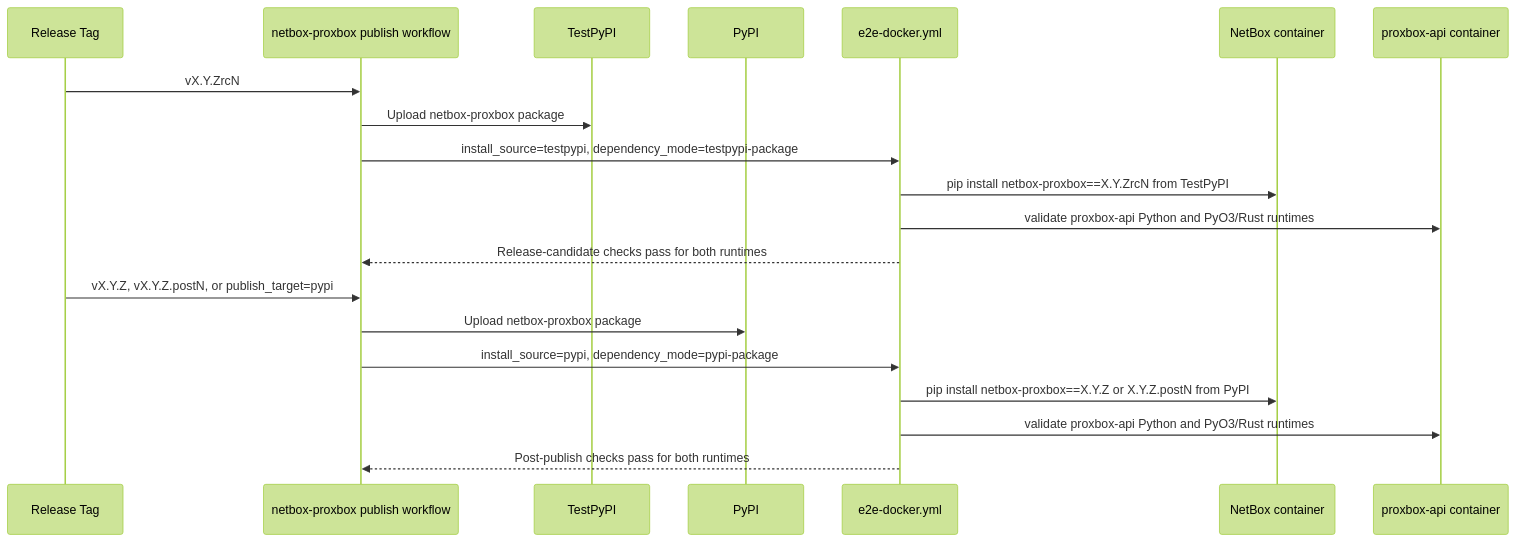
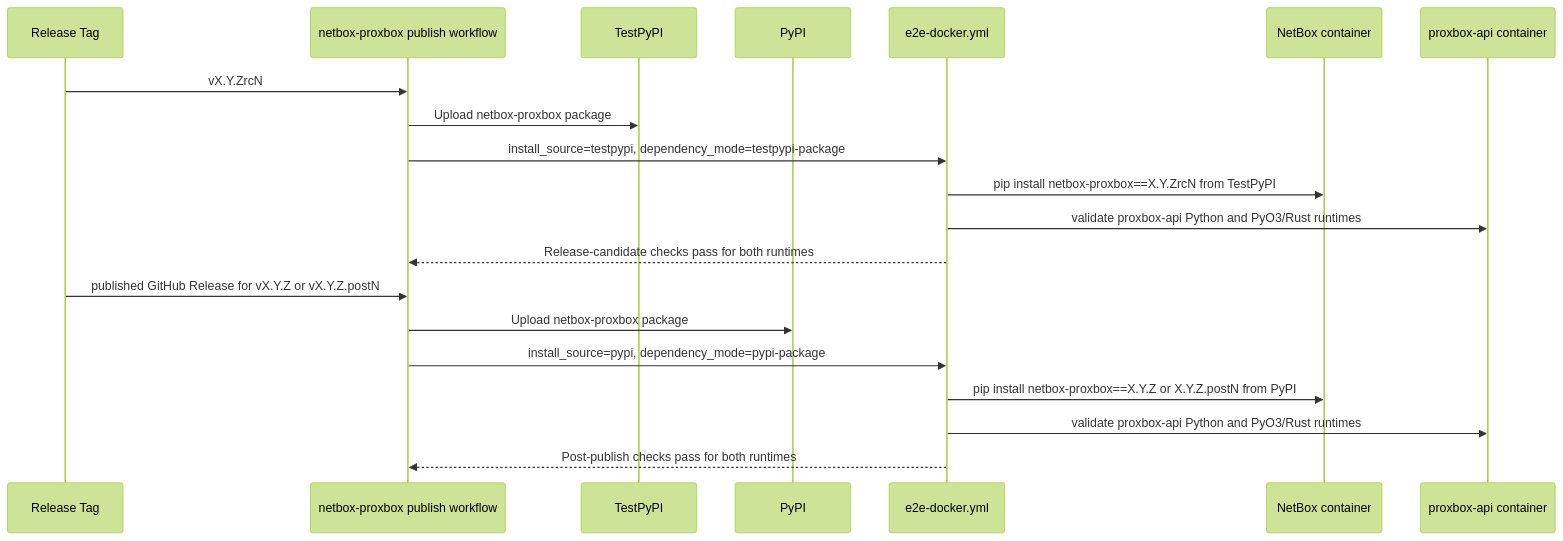
One commit to emersonfelipesp/netbox-proxbox changed the second of 2 diagrams in docs/developer/release-publishing.md. Above: the diagram before and after it, drawn with Mermaid (forest theme). The commit also changed other lines of this file and 44 other files, not shown here.

````diff
--- a/docs/developer/release-publishing.md
+++ b/docs/developer/release-publishing.md
@@ -44,24 +46,24 @@
 ```mermaid
 sequenceDiagram
     participant Tag as Release Tag
     participant WF as netbox-proxbox publish workflow
     participant TP as TestPyPI
     participant PY as PyPI
     participant E2E as e2e-docker.yml
     participant NB as NetBox container
     participant API as proxbox-api container
 
     Tag->>WF: vX.Y.ZrcN
     WF->>TP: Upload netbox-proxbox package
     WF->>E2E: install_source=testpypi, dependency_mode=testpypi-package
     E2E->>NB: pip install netbox-proxbox==X.Y.ZrcN from TestPyPI
     E2E->>API: validate proxbox-api Python and PyO3/Rust runtimes
     E2E-->>WF: Release-candidate checks pass for both runtimes
 
-    Tag->>WF: vX.Y.Z, vX.Y.Z.postN, or publish_target=pypi
+    Tag->>WF: published GitHub Release for vX.Y.Z or vX.Y.Z.postN
     WF->>PY: Upload netbox-proxbox package
     WF->>E2E: install_source=pypi, dependency_mode=pypi-package
     E2E->>NB: pip install netbox-proxbox==X.Y.Z or X.Y.Z.postN from PyPI
     E2E->>API: validate proxbox-api Python and PyO3/Rust runtimes
     E2E-->>WF: Post-publish checks pass for both runtimes
 ```
````
